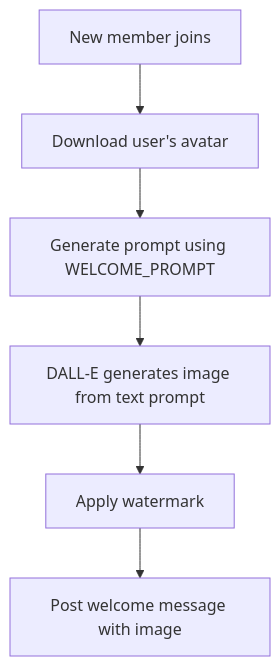
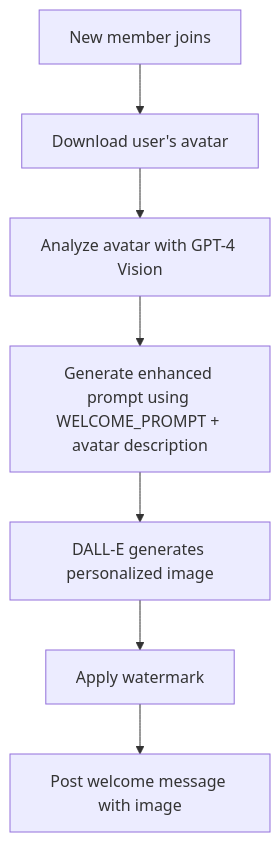
One commit to introVRt-Lounge/hello-dalle-discordbot changed the first of 9 diagrams in IMAGE-GENERATION-FLOWS.md. Above: the diagram before and after it, drawn with Mermaid. The commit also changed other lines of this file and 1 other file, not shown here.

First line of the commit message:
docs: Correct welcome image documentation to show avatar IS used for generation

````diff
--- a/IMAGE-GENERATION-FLOWS.md
+++ b/IMAGE-GENERATION-FLOWS.md
@@ -27,8 +27,9 @@
 ```mermaid
 flowchart TD
     A[New member joins] --> B[Download user's avatar]
-    B --> C[Generate prompt using WELCOME_PROMPT]
-    C --> D[DALL-E generates image from text prompt]
-    D --> E[Apply watermark]
-    E --> F[Post welcome message with image]
+    B --> C[Analyze avatar with GPT-4 Vision]
+    C --> D[Generate enhanced prompt using WELCOME_PROMPT + avatar description]
+    D --> E[DALL-E generates personalized image]
+    E --> F[Apply watermark]
+    F --> G[Post welcome message with image]
 ```
````
